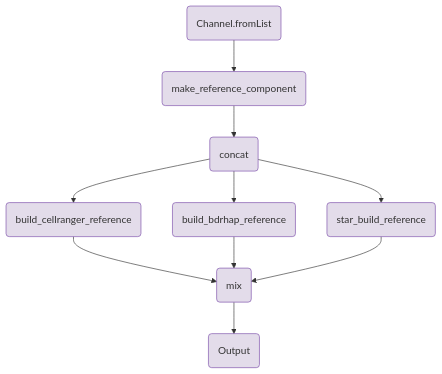
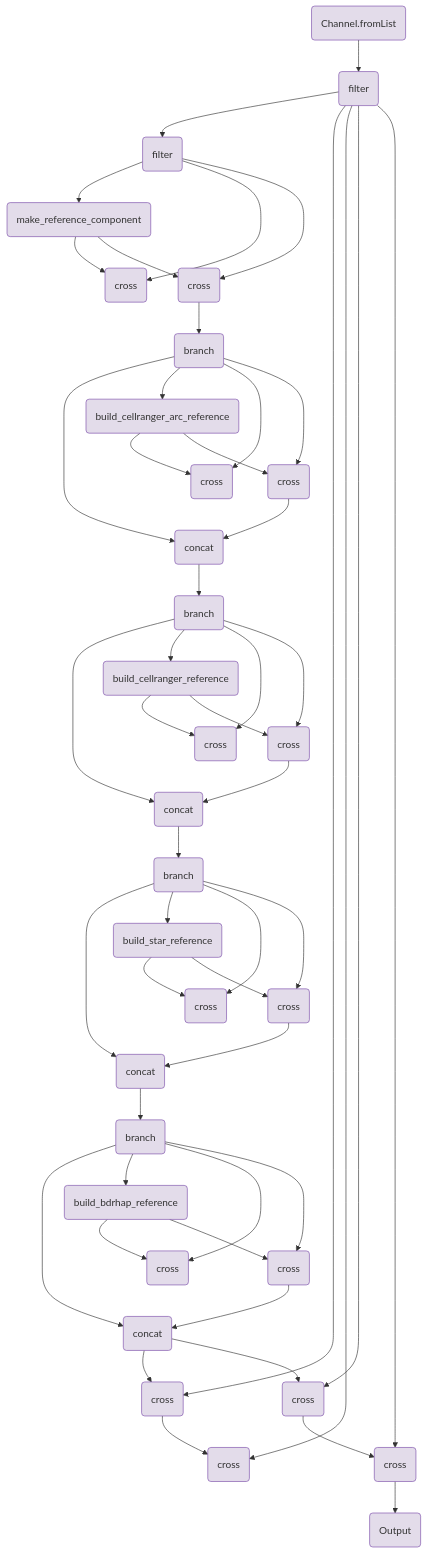
One commit to openpipelines-bio/website changed the diagram in components/workflows/ingestion/make_reference.qmd. Above: the diagram before and after it, drawn with Mermaid. The commit also changed other lines of this file and 149 other files, not shown here.

````diff
--- a/components/workflows/ingestion/make_reference.qmd
+++ b/components/workflows/ingestion/make_reference.qmd
@@ -117,29 +159,114 @@
 ```{mermaid}
 flowchart TB
     v0(Channel.fromList)
-    v28(concat)
-    v17(make_reference_component)
-    v39(build_cellranger_reference)
-    v98(mix)
-    v62(build_bdrhap_reference)
-    v85(star_build_reference)
-    v117(Output)
-    v0-->v17
-    v17-->v28
-    v28-->v39
-    v39-->v98
-    v28-->v62
-    v62-->v98
-    v28-->v85
-    v85-->v98
-    v98-->v117
+    v2(filter)
+    v10(filter)
+    v18(make_reference_component)
+    v25(cross)
+    v35(cross)
+    v44(branch)
+    v71(concat)
+    v49(build_cellranger_arc_reference)
+    v56(cross)
+    v66(cross)
+    v75(branch)
+    v102(concat)
+    v80(build_cellranger_reference)
+    v87(cross)
+    v97(cross)
+    v106(branch)
+    v133(concat)
+    v111(build_star_reference)
+    v118(cross)
+    v128(cross)
+    v137(branch)
+    v164(concat)
+    v142(build_bdrhap_reference)
+    v149(cross)
+    v159(cross)
+    v171(cross)
+    v178(cross)
+    v190(cross)
+    v197(cross)
+    v201(Output)
+    v44-->v71
+    v75-->v102
+    v106-->v133
+    v137-->v164
+    v0-->v2
+    v2-->v10
+    v10-->v18
+    v18-->v25
+    v10-->v25
+    v10-->v35
+    v44-->v49
+    v49-->v56
+    v44-->v56
+    v44-->v66
+    v66-->v71
+    v75-->v80
+    v80-->v87
+    v75-->v87
+    v75-->v97
+    v97-->v102
+    v106-->v111
+    v111-->v118
+    v106-->v118
+    v106-->v128
+    v128-->v133
+    v137-->v142
+    v142-->v149
+    v137-->v149
+    v137-->v159
+    v159-->v164
+    v164-->v171
+    v2-->v171
+    v171-->v178
+    v2-->v178
+    v2-->v190
+    v190-->v197
+    v2-->v197
+    v197-->v201
+    v18-->v35
+    v35-->v44
+    v49-->v66
+    v71-->v75
+    v80-->v97
+    v102-->v106
+    v111-->v128
+    v133-->v137
+    v142-->v159
+    v164-->v190
     style v0 fill:#e3dcea,stroke:#7a4baa;
-    style v28 fill:#e3dcea,stroke:#7a4baa;
-    style v17 fill:#e3dcea,stroke:#7a4baa;
-    style v39 fill:#e3dcea,stroke:#7a4baa;
-    style v98 fill:#e3dcea,stroke:#7a4baa;
-    style v62 fill:#e3dcea,stroke:#7a4baa;
-    style v85 fill:#e3dcea,stroke:#7a4baa;
-    style v117 fill:#e3dcea,stroke:#7a4baa;
+    style v2 fill:#e3dcea,stroke:#7a4baa;
+    style v10 fill:#e3dcea,stroke:#7a4baa;
+    style v18 fill:#e3dcea,stroke:#7a4baa;
+    style v25 fill:#e3dcea,stroke:#7a4baa;
+    style v35 fill:#e3dcea,stroke:#7a4baa;
+    style v44 fill:#e3dcea,stroke:#7a4baa;
+    style v71 fill:#e3dcea,stroke:#7a4baa;
+    style v49 fill:#e3dcea,stroke:#7a4baa;
+    style v56 fill:#e3dcea,stroke:#7a4baa;
+    style v66 fill:#e3dcea,stroke:#7a4baa;
+    style v75 fill:#e3dcea,stroke:#7a4baa;
+    style v102 fill:#e3dcea,stroke:#7a4baa;
+    style v80 fill:#e3dcea,stroke:#7a4baa;
+    style v87 fill:#e3dcea,stroke:#7a4baa;
+    style v97 fill:#e3dcea,stroke:#7a4baa;
+    style v106 fill:#e3dcea,stroke:#7a4baa;
+    style v133 fill:#e3dcea,stroke:#7a4baa;
+    style v111 fill:#e3dcea,stroke:#7a4baa;
+    style v118 fill:#e3dcea,stroke:#7a4baa;
+    style v128 fill:#e3dcea,stroke:#7a4baa;
+    style v137 fill:#e3dcea,stroke:#7a4baa;
+    style v164 fill:#e3dcea,stroke:#7a4baa;
+    style v142 fill:#e3dcea,stroke:#7a4baa;
+    style v149 fill:#e3dcea,stroke:#7a4baa;
+    style v159 fill:#e3dcea,stroke:#7a4baa;
+    style v171 fill:#e3dcea,stroke:#7a4baa;
+    style v178 fill:#e3dcea,stroke:#7a4baa;
+    style v190 fill:#e3dcea,stroke:#7a4baa;
+    style v197 fill:#e3dcea,stroke:#7a4baa;
+    style v201 fill:#e3dcea,stroke:#7a4baa;
 
 ```
````
